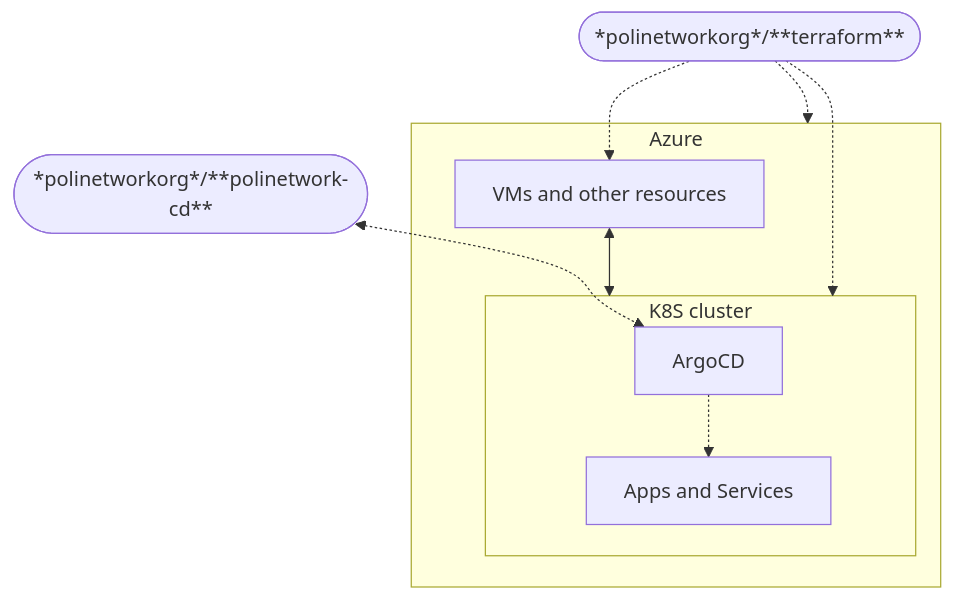
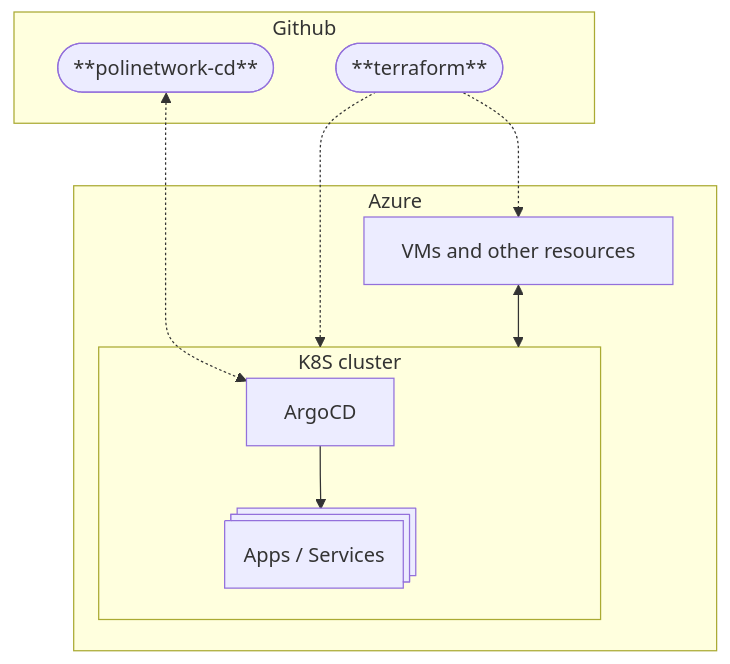
Before and after one commit to PoliNetworkOrg/docs: the diagram in docs/infrastructure/02-getting-started/basic-knowledge/index.md, drawn with Mermaid.

Commit message:
docs: better getting-started graph

````diff
--- a/docs/infrastructure/02-getting-started/basic-knowledge/index.md
+++ b/docs/infrastructure/02-getting-started/basic-knowledge/index.md
@@ -15,13 +15,19 @@
 ```mermaid
 flowchart TD
+  subgraph Github
+    tf([**terraform**])
+    cd([**polinetwork-cd**])
+  end
   subgraph Azure
+    vm[VMs and other resources]
     subgraph k8s[K8S cluster]
-      ArgoCD -.-> app[Apps and Services]
+      argocd[ArgoCD]
+      app@{ shape: processes, label: "Apps / Services" }
     end
-    vm[VMs and other resources] <--> k8s
   end
-  tf([*polinetworkorg*/**terraform**]) -.-> Azure
-  cd([*polinetworkorg*/**polinetwork-cd**]) <-.-> ArgoCD
+
   tf -.-> vm
   tf -.-> k8s
+  vm <--> k8s
+  cd <-.-> argocd --> app
 ```
````
